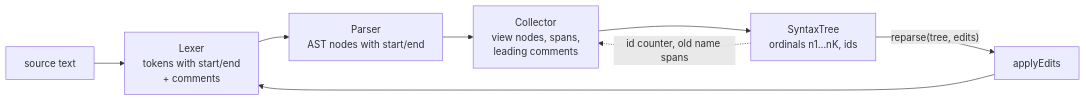
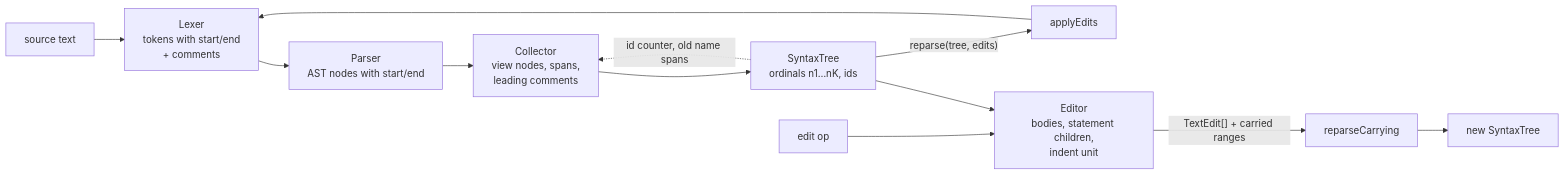
The diagram in implementation/narrative/architecture/editing.md (bbogovich/mockitdown), drawn with Mermaid before and after one commit. The commit also changed other lines of this file and 27 other files, not shown here.

````diff
--- a/implementation/narrative/architecture/editing.md
+++ b/implementation/narrative/architecture/editing.md
@@ -18,9 +18,12 @@
 ```mermaid
 flowchart LR
   src[source text] --> lex[Lexer<br/>tokens with start/end<br/>+ comments]
   lex --> parse[Parser<br/>AST nodes with start/end]
   parse --> coll[Collector<br/>view nodes, spans,<br/>leading comments]
   coll --> tree[SyntaxTree<br/>ordinals n1…nK, ids]
   tree -- "reparse(tree, edits)" --> apply[applyEdits] --> lex
   tree -. id counter, old name spans .-> coll
+  op[edit op] --> ed[Editor<br/>bodies, statement children,<br/>indent unit]
+  tree --> ed
+  ed -- "TextEdit[] + carried ranges" --> rc[reparseCarrying] --> tree2[new SyntaxTree]
 ```
````
